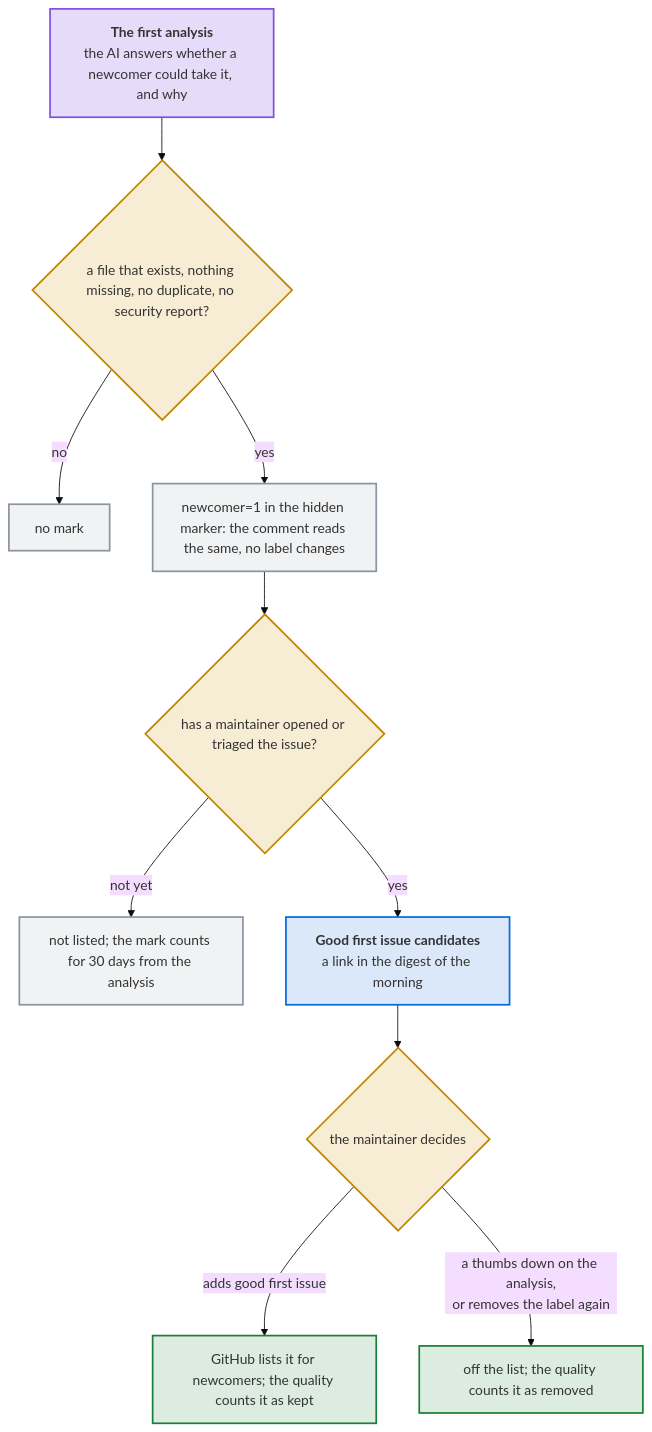
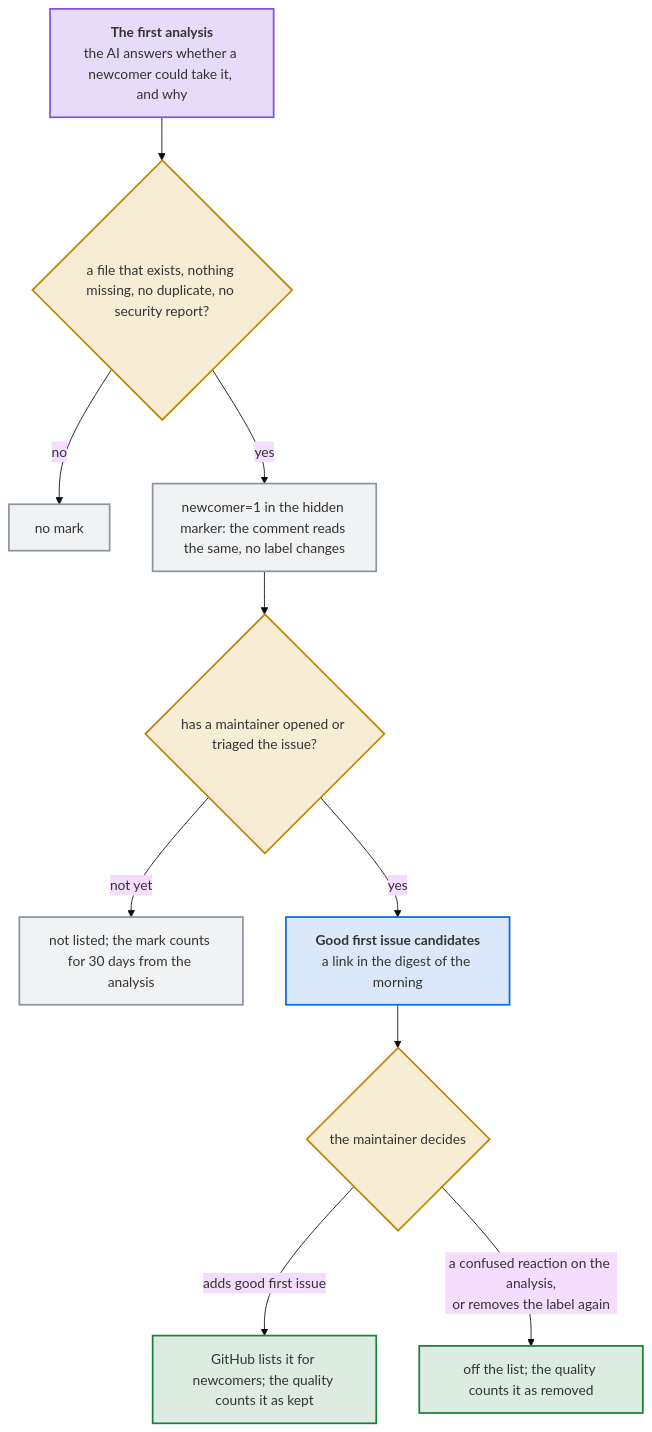
One commit to Dennis-Otto/issue-assistant changed the diagram in docs/diagrams/how-an-issue-becomes-a-good-first-issue.mmd. Above: the diagram before and after it, drawn with Mermaid (base theme). The commit also changed 10 other files, not shown here.

First line of the commit message:
fix: keep the candidate note from costing an analysis and separate a no from a wrong analysis

```diff
--- a/docs/diagrams/how-an-issue-becomes-a-good-first-issue.mmd
+++ b/docs/diagrams/how-an-issue-becomes-a-good-first-issue.mmd
@@ -1,22 +1,22 @@
 flowchart TB
   accTitle: How an issue becomes a good first issue
-  accDescr: Where labels.toml has labels of the group contribution, the AI says in its first analysis whether someone new to the project could take the issue, with its reason. The script keeps that only with a file that exists among the references, nothing missing, no duplicate and no security report, and records it in the hidden marker of the analysis, so the comment reads the same and no label changes. Once a maintainer has opened or triaged the issue, the digest of the morning names it as a candidate, for 30 days from the analysis at most. The maintainer decides. Adding the label good first issue settles it, GitHub then lists the issue for newcomers, and the quality counts it as kept. A thumbs down on the analysis, or removing the label again, takes it off the list, and the quality counts it as removed.
+  accDescr: Where labels.toml has labels of the group contribution, the AI says in its first analysis whether someone new to the project could take the issue, with its reason. The script keeps that only with a file that exists among the references, nothing missing, no duplicate and no security report, and records it in the hidden marker of the analysis, so the comment reads the same and no label changes. Once a maintainer has opened or triaged the issue, the digest of the morning names it as a candidate, for 30 days from the analysis at most. The maintainer decides. Adding the label good first issue settles it, GitHub then lists the issue for newcomers, and the quality counts it as kept. A confused reaction on the analysis, or removing the label again, takes it off the list, and the quality counts it as removed.
   ai["`**The first analysis**<br>the AI answers whether a newcomer could take it, and why`"] --> checks{"a file that exists, nothing missing, no duplicate, no security report?"}
   checks -- "no" --> none["no mark"]
   checks -- "yes" --> mark["newcomer=1 in the hidden marker: the comment reads the same, no label changes"]
   mark --> triaged{"has a maintainer opened or triaged the issue?"}
   triaged -- "not yet" --> waits["not listed; the mark counts for 30 days from the analysis"]
   triaged -- "yes" --> digest["`**Good first issue candidates**<br>a link in the digest of the morning`"]
   digest --> decides{"the maintainer decides"}
   decides -- "adds good first issue" --> kept["GitHub lists it for newcomers; the quality counts it as kept"]
-  decides -- "a thumbs down on the analysis,<br>or removes the label again" --> removed["off the list; the quality counts it as removed"]
+  decides -- "a confused reaction on the analysis,<br>or removes the label again" --> removed["off the list; the quality counts it as removed"]
   classDef question fill:#d4a72c33,stroke:#bf8700,stroke-width:2px
   classDef job fill:#8c959f1f,stroke:#8c959f,stroke-width:2px
   classDef ai fill:#8250df33,stroke:#8250df,stroke-width:2px
   classDef person fill:#0969da26,stroke:#0969da,stroke-width:2px
   classDef safe fill:#1a7f3726,stroke:#1a7f37,stroke-width:2px
   class checks,triaged,decides question
   class none,mark,waits job
   class ai ai
   class digest person
   class kept,removed safe
```
